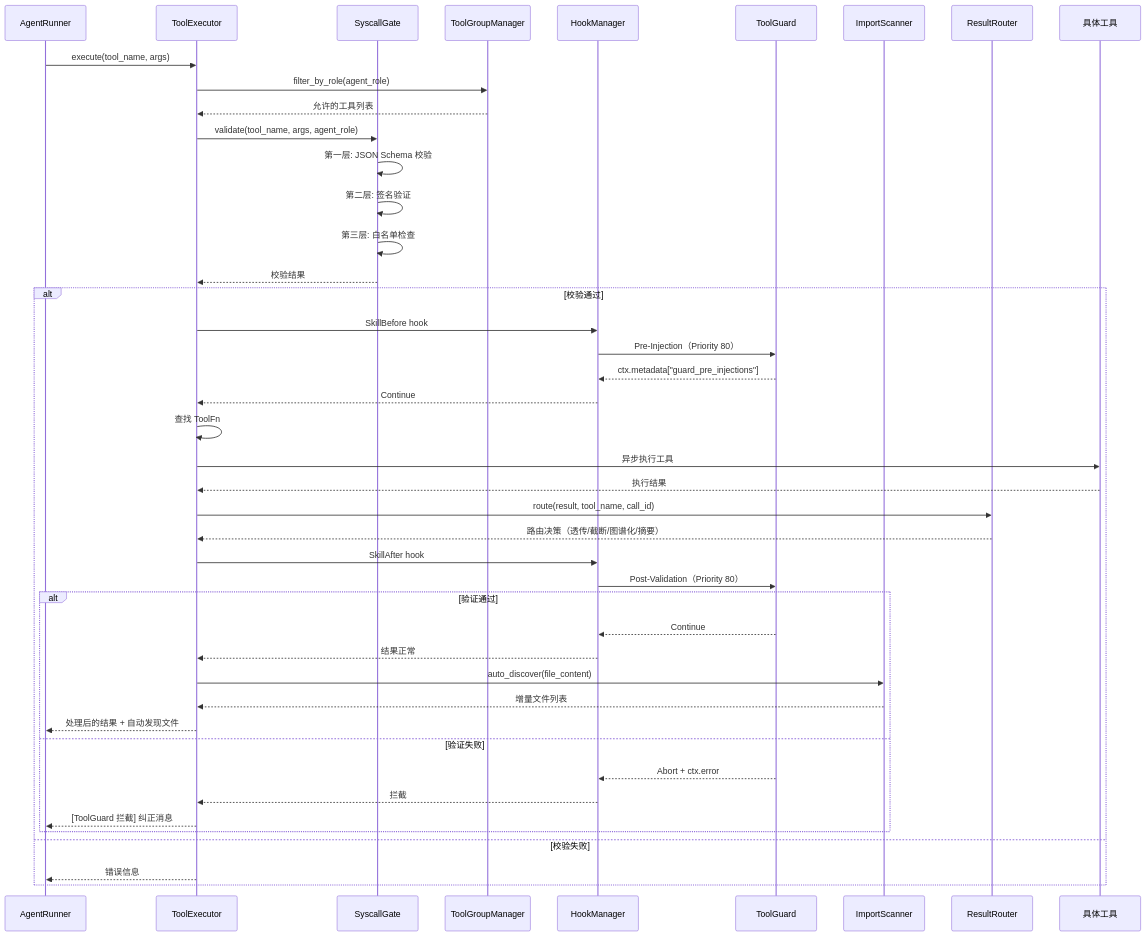
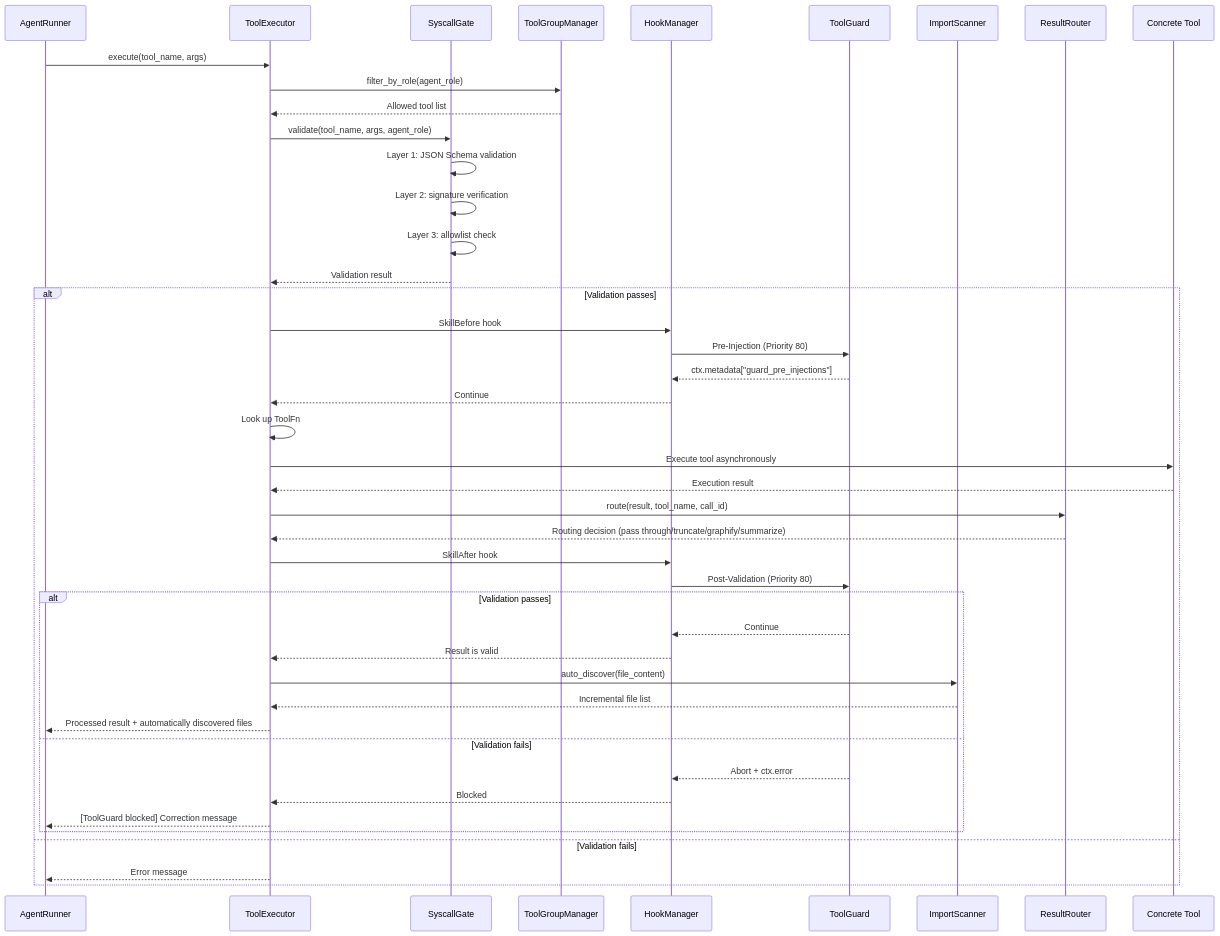
Before and after one commit to skaiy/wild_agentos: the fourth of 4 diagrams in docs/05-tool-system.md, drawn with Mermaid. The commit also changed other lines of this file and 23 other files, not shown here.

````diff
--- a/docs/05-tool-system.md
+++ b/docs/05-tool-system.md
@@ -462,49 +456,49 @@
 ```mermaid
 sequenceDiagram
     participant AR as AgentRunner
     participant TE as ToolExecutor
     participant SG as SyscallGate
     participant TGM as ToolGroupManager
     participant HM as HookManager
     participant TG as ToolGuard
     participant IS as ImportScanner
     participant RR as ResultRouter
-    participant TOOL as 具体工具
+    participant TOOL as Concrete Tool
 
     AR->>TE: execute(tool_name, args)
     TE->>TGM: filter_by_role(agent_role)
-    TGM-->>TE: 允许的工具列表
+    TGM-->>TE: Allowed tool list
     TE->>SG: validate(tool_name, args, agent_role)
-    SG->>SG: 第一层: JSON Schema 校验
-    SG->>SG: 第二层: 签名验证
-    SG->>SG: 第三层: 白名单检查
-    SG-->>TE: 校验结果
+    SG->>SG: Layer 1: JSON Schema validation
+    SG->>SG: Layer 2: signature verification
+    SG->>SG: Layer 3: allowlist check
+    SG-->>TE: Validation result
 
-    alt 校验通过
+    alt Validation passes
         TE->>HM: SkillBefore hook
-        HM->>TG: Pre-Injection（Priority 80）
+        HM->>TG: Pre-Injection (Priority 80)
         TG-->>HM: ctx.metadata["guard_pre_injections"]
         HM-->>TE: Continue
-        TE->>TE: 查找 ToolFn
-        TE->>TOOL: 异步执行工具
-        TOOL-->>TE: 执行结果
+        TE->>TE: Look up ToolFn
+        TE->>TOOL: Execute tool asynchronously
+        TOOL-->>TE: Execution result
         TE->>RR: route(result, tool_name, call_id)
-        RR-->>TE: 路由决策（透传/截断/图谱化/摘要）
+        RR-->>TE: Routing decision (pass through/truncate/graphify/summarize)
         TE->>HM: SkillAfter hook
-        HM->>TG: Post-Validation（Priority 80）
-        alt 验证通过
+        HM->>TG: Post-Validation (Priority 80)
+        alt Validation passes
             TG-->>HM: Continue
-            HM-->>TE: 结果正常
-            %% 跨文件发现（仅 file_read，且无错误）
+            HM-->>TE: Result is valid
+            %% Cross-file discovery (only for file_read without errors)
             TE->>IS: auto_discover(file_content)
-            IS-->>TE: 增量文件列表
-            TE-->>AR: 处理后的结果 + 自动发现文件
-        else 验证失败
+            IS-->>TE: Incremental file list
+            TE-->>AR: Processed result + automatically discovered files
+        else Validation fails
             TG-->>HM: Abort + ctx.error
-            HM-->>TE: 拦截
-            TE-->>AR: [ToolGuard 拦截] 纠正消息
+            HM-->>TE: Blocked
+            TE-->>AR: [ToolGuard blocked] Correction message
         end
-    else 校验失败
-        TE-->>AR: 错误信息
+    else Validation fails
+        TE-->>AR: Error message
     end
 ```
````
